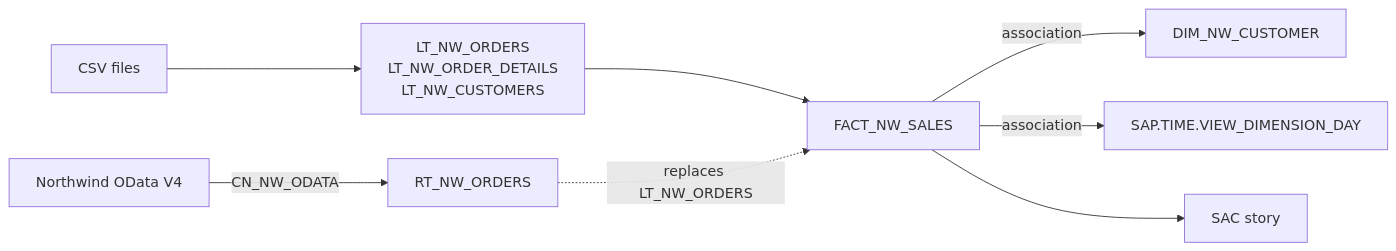
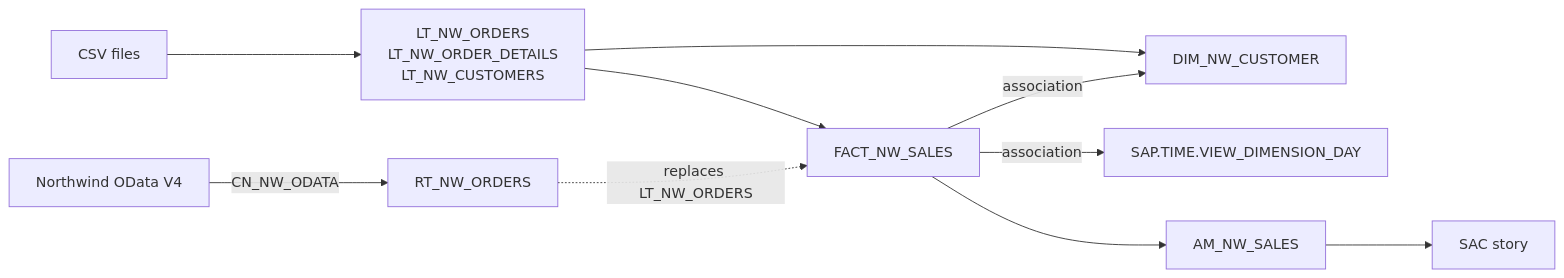
Before and after one commit to gonzalonao/sap-datasphere-lab: the diagram in units/01-space-model-remote/README.md, drawn with Mermaid. The commit also changed other lines of this file and 3 other files, not shown here.

First line of the commit message:
docs(unit-01): reorder to course sequence and fix exercise errors

````diff
--- a/units/01-space-model-remote/README.md
+++ b/units/01-space-model-remote/README.md
@@ -66,10 +71,12 @@
 ```mermaid
 flowchart LR
     CSV[CSV files] --> LT[LT_NW_ORDERS<br/>LT_NW_ORDER_DETAILS<br/>LT_NW_CUSTOMERS]
     ODATA[Northwind OData V4] -->|CN_NW_ODATA| RT[RT_NW_ORDERS]
     LT --> F[FACT_NW_SALES]
     RT -.replaces LT_NW_ORDERS.-> F
-    F -->|association| D[DIM_NW_CUSTOMER]
+    LT --> D[DIM_NW_CUSTOMER]
+    F -->|association| D
     F -->|association| T[SAP.TIME.VIEW_DIMENSION_DAY]
-    F --> SAC[SAC story]
+    F --> AM[AM_NW_SALES]
+    AM --> SAC[SAC story]
 ```
````
